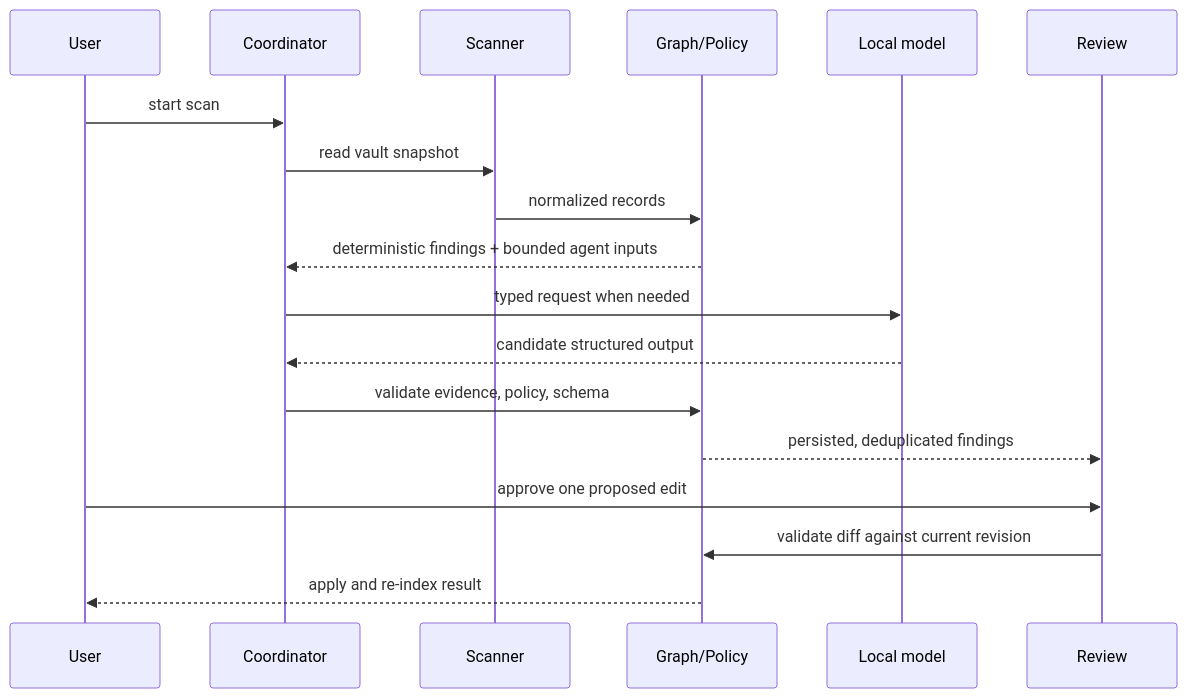
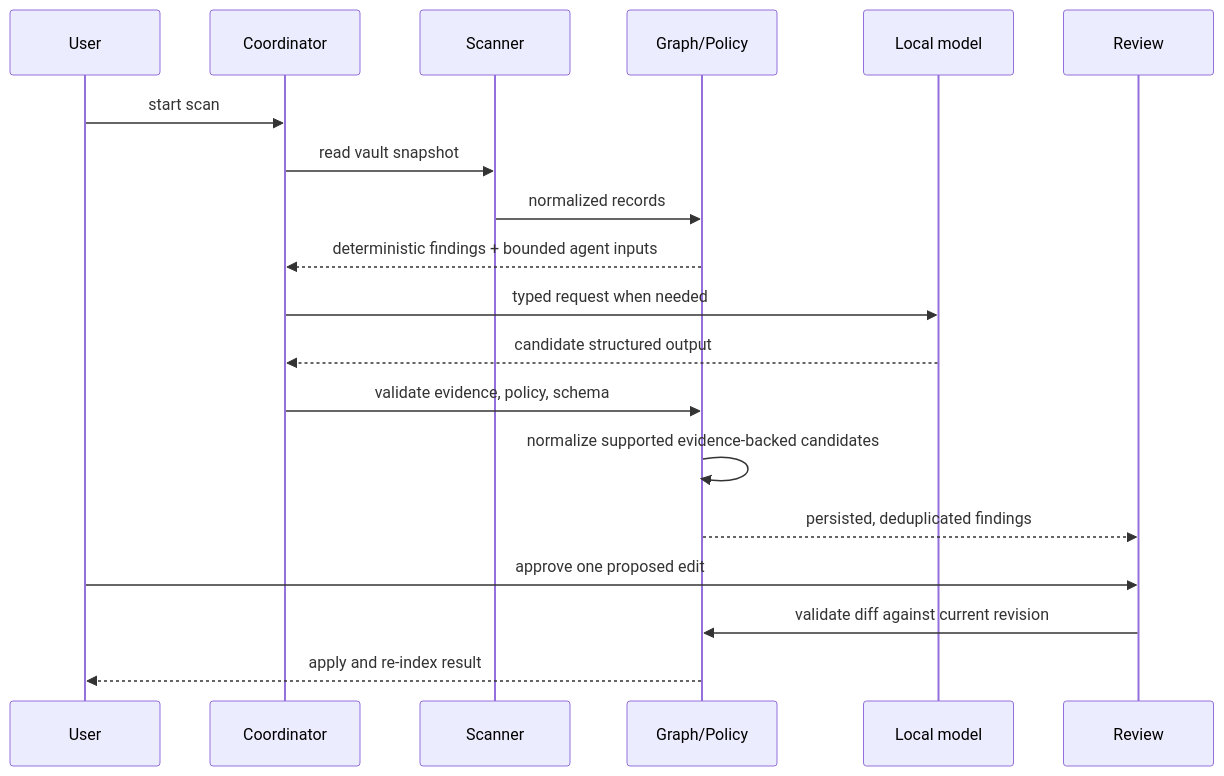
One commit to ibrahim1023/vault-steward changed the second of 2 diagrams in docs/architecture.md. Above: the diagram before and after it, drawn with Mermaid. The commit also changed other lines of this file and 9 other files, not shown here.

````diff
--- a/docs/architecture.md
+++ b/docs/architecture.md
@@ -44,20 +45,21 @@
 ```mermaid
 sequenceDiagram
   participant User
   participant Coordinator
   participant Scanner
   participant Core as Graph/Policy
   participant Model as Local model
   participant Review
   User->>Coordinator: start scan
   Coordinator->>Scanner: read vault snapshot
   Scanner->>Core: normalized records
   Core-->>Coordinator: deterministic findings + bounded agent inputs
   Coordinator->>Model: typed request when needed
   Model-->>Coordinator: candidate structured output
   Coordinator->>Core: validate evidence, policy, schema
+  Core->>Core: normalize supported evidence-backed candidates
   Core-->>Review: persisted, deduplicated findings
   User->>Review: approve one proposed edit
   Review->>Core: validate diff against current revision
   Core-->>User: apply and re-index result
 ```
````
